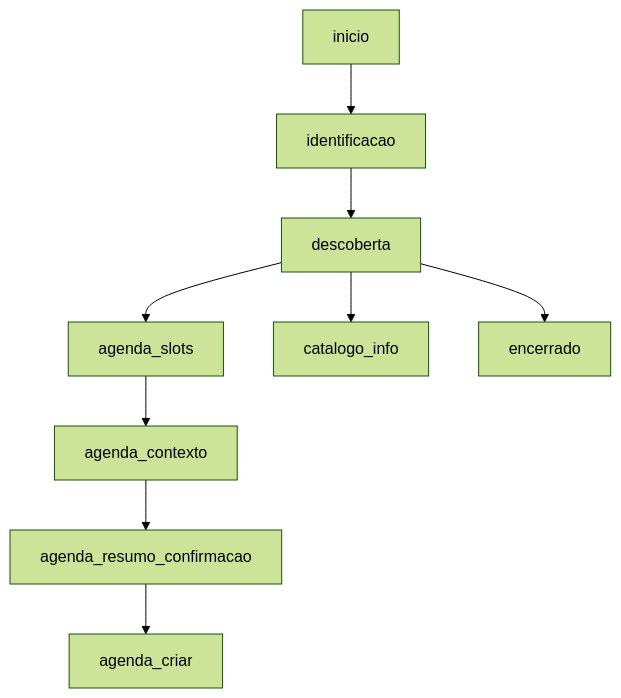
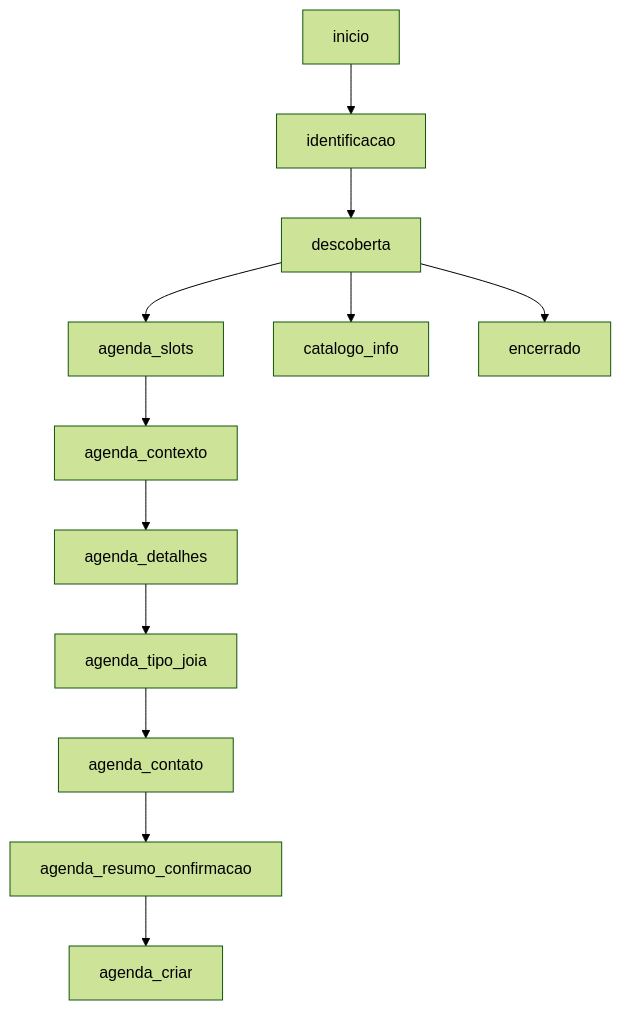
Before and after one commit to guilhermedemorais-dev/Zap-Zap-Automation-: the first of 2 diagrams in docs/LARA_LANGGRAPH_RUNTIME.md, drawn with Mermaid (forest theme). The commit also changed other lines of this file and 2 other files, not shown here.

Commit message:
complete lara consultative appointment flow

````diff
--- a/docs/LARA_LANGGRAPH_RUNTIME.md
+++ b/docs/LARA_LANGGRAPH_RUNTIME.md
@@ -78,11 +78,14 @@
 ```mermaid
 flowchart TD
   A["inicio"] --> B["identificacao"]
   B --> C["descoberta"]
   C --> D["agenda_slots"]
   D --> E["agenda_contexto"]
-  E --> F["agenda_resumo_confirmacao"]
-  F --> G["agenda_criar"]
-  C --> H["catalogo_info"]
-  C --> I["encerrado"]
+  E --> F["agenda_detalhes"]
+  F --> G["agenda_tipo_joia"]
+  G --> H["agenda_contato"]
+  H --> I["agenda_resumo_confirmacao"]
+  I --> J["agenda_criar"]
+  C --> K["catalogo_info"]
+  C --> L["encerrado"]
 ```
````
